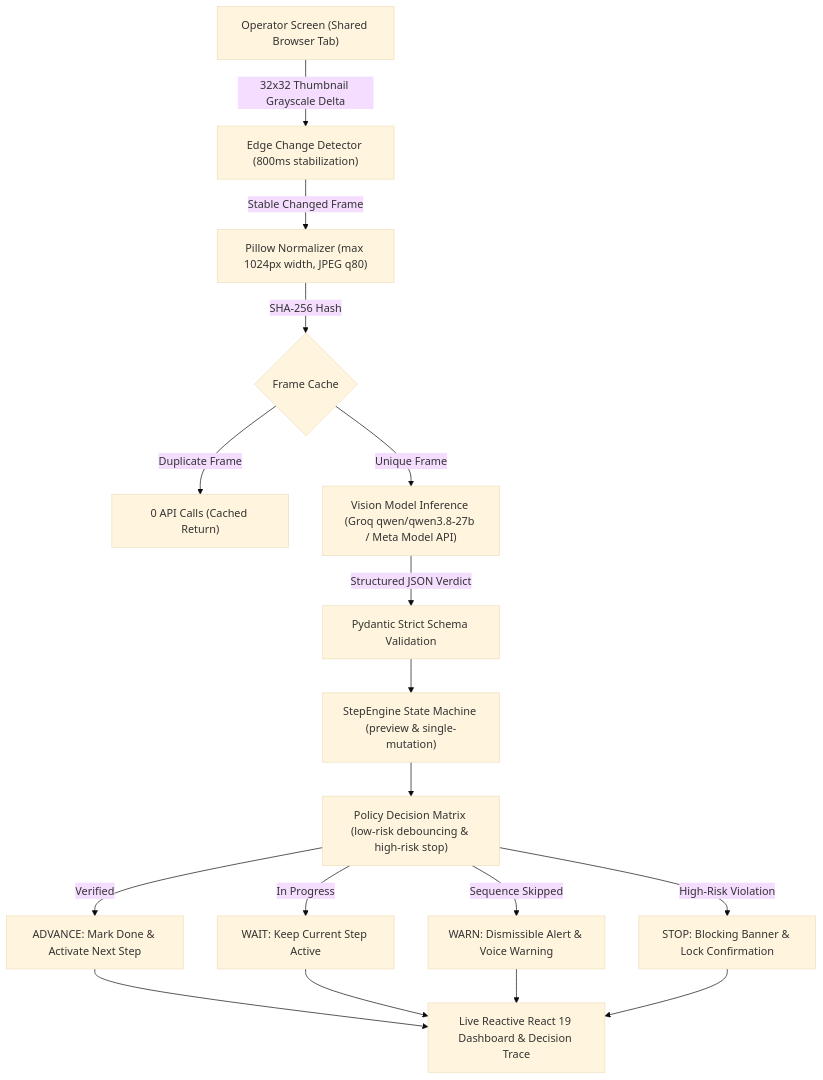
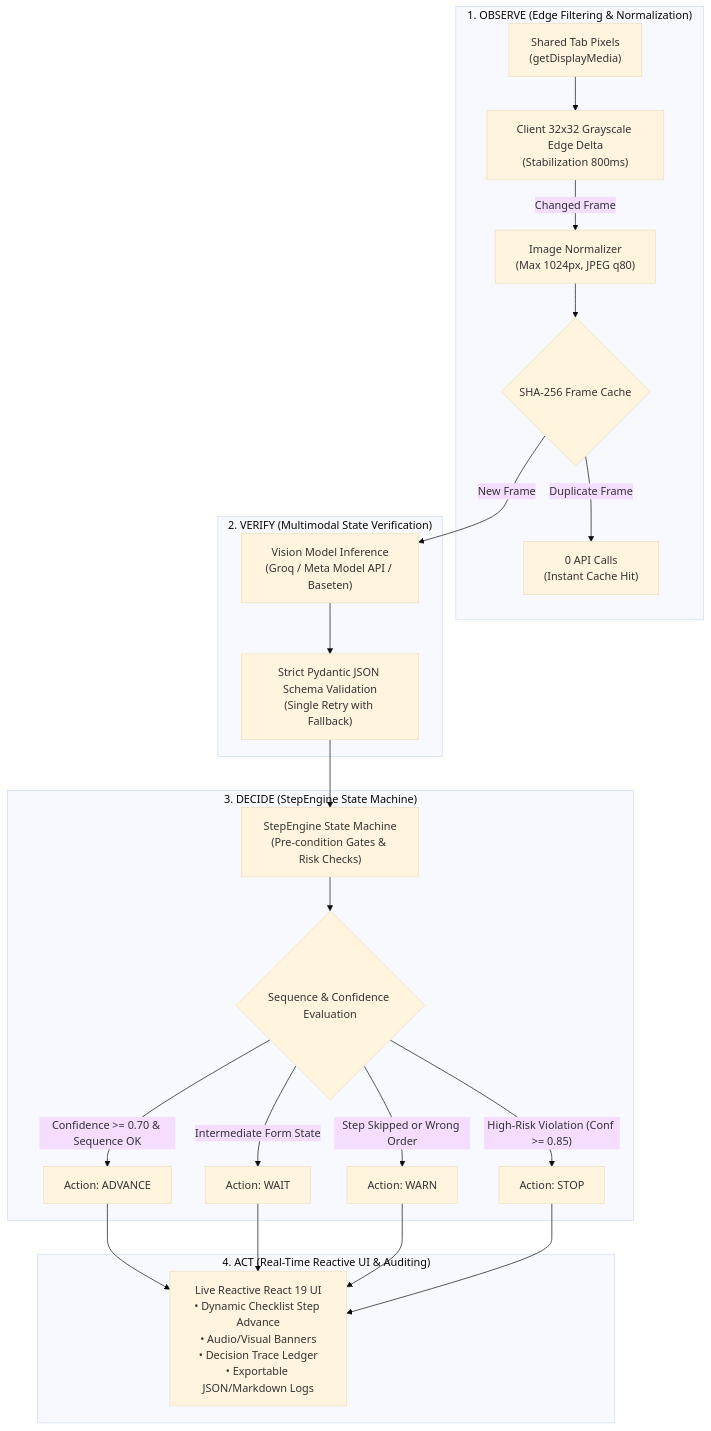
Before and after one commit to tejaspatel2255/ScreenGuard-Meta-AI-Hackathon: the diagram in README.md, drawn with Mermaid (base theme). The commit also changed other lines of this file, not shown here.

Commit message:
docs: modernize and elevate README with architecture, benchmark metrics, and quickstart

````diff
--- a/README.md
+++ b/README.md
@@ -68,19 +78,30 @@
 ```mermaid
 flowchart TD
-    A["Operator Screen (Shared Browser Tab)"] -->|"32x32 Thumbnail Grayscale Delta"| B["Edge Change Detector (800ms stabilization)"]
-    B -->|"Stable Changed Frame"| C["Pillow Normalizer (max 1024px width, JPEG q80)"]
-    C -->|"SHA-256 Hash"| D{"Frame Cache"}
-    D -->|"Duplicate Frame"| E["0 API Calls (Cached Return)"]
-    D -->|"Unique Frame"| F["Vision Model Inference (Groq qwen/qwen3.8-27b / Meta Model API)"]
-    F -->|"Structured JSON Verdict"| G["Pydantic Strict Schema Validation"]
-    G --> H["StepEngine State Machine (preview & single-mutation)"]
-    H --> I["Policy Decision Matrix (low-risk debouncing & high-risk stop)"]
-    I -->|"Verified"| J["ADVANCE: Mark Done & Activate Next Step"]
-    I -->|"In Progress"| K["WAIT: Keep Current Step Active"]
-    I -->|"Sequence Skipped"| L["WARN: Dismissible Alert & Voice Warning"]
-    I -->|"High-Risk Violation"| M["STOP: Blocking Banner & Lock Confirmation"]
-    J --> N["Live Reactive React 19 Dashboard & Decision Trace"]
-    K --> N
-    L --> N
-    M --> N
+    subgraph OBSERVE ["1. OBSERVE (Edge Filtering & Normalization)"]
+        A["Shared Tab Pixels\n(getDisplayMedia)"] --> B["Client 32x32 Grayscale Edge Delta\n(Stabilization 800ms)"]
+        B -->|"Changed Frame"| C["Image Normalizer\n(Max 1024px, JPEG q80)"]
+        C --> D{"SHA-256 Frame Cache"}
+        D -->|"Duplicate Frame"| E["0 API Calls\n(Instant Cache Hit)"]
+    end
+
+    subgraph VERIFY ["2. VERIFY (Multimodal State Verification)"]
+        D -->|"New Frame"| F["Vision Model Inference\n(Groq / Meta Model API / Baseten)"]
+        F --> G["Strict Pydantic JSON Schema Validation\n(Single Retry with Fallback)"]
+    end
+
+    subgraph DECIDE ["3. DECIDE (StepEngine State Machine)"]
+        G --> H["StepEngine State Machine\n(Pre-condition Gates & Risk Checks)"]
+        H --> I{"Sequence & Confidence Evaluation"}
+        I -->|"Confidence >= 0.70 & Sequence OK"| J["Action: ADVANCE"]
+        I -->|"Intermediate Form State"| K["Action: WAIT"]
+        I -->|"Step Skipped or Wrong Order"| L["Action: WARN"]
+        I -->|"High-Risk Violation (Conf >= 0.85)"| M["Action: STOP"]
+    end
+
+    subgraph ACT ["4. ACT (Real-Time Reactive UI & Auditing)"]
+        J --> N["Live Reactive React 19 UI\n• Dynamic Checklist Step Advance\n• Audio/Visual Banners\n• Decision Trace Ledger\n• Exportable JSON/Markdown Logs"]
+        K --> N
+        L --> N
+        M --> N
+    end
 ```
````
